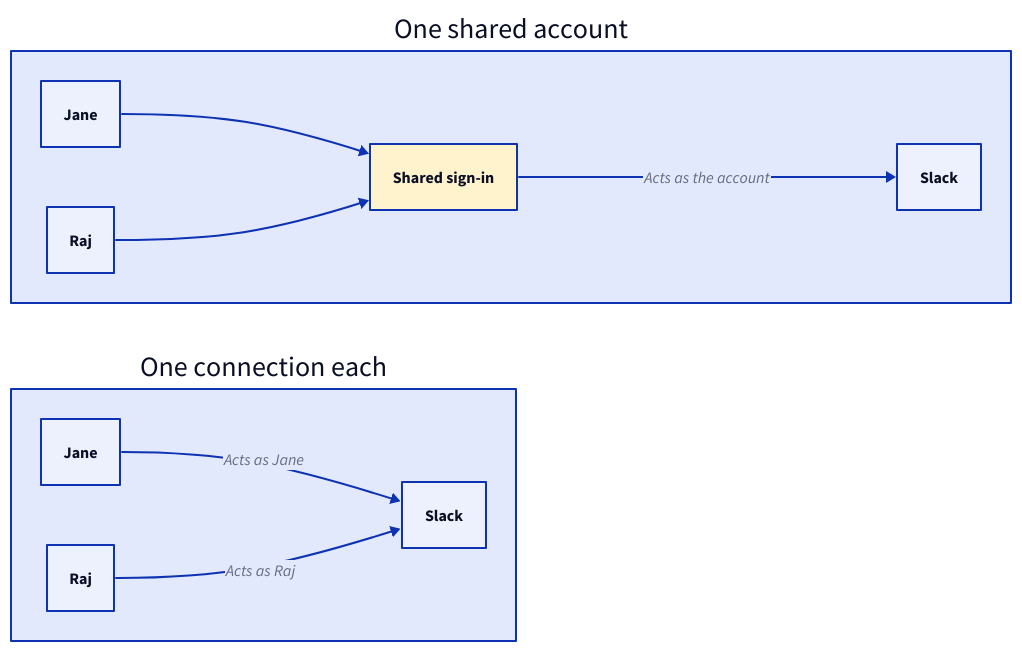
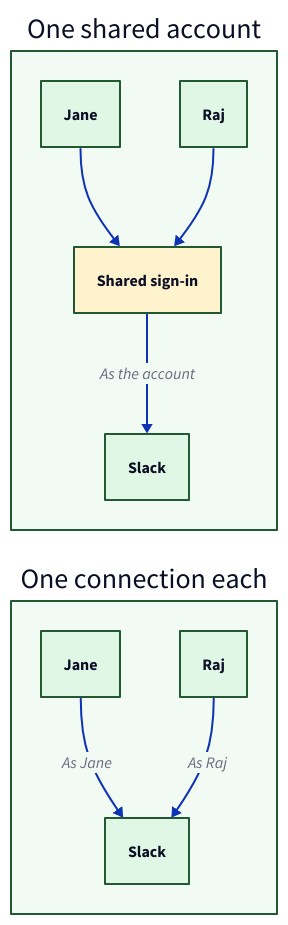
One commit to tallyfy/documentation changed the diagram in src/content/docs/pro/integrations/vault/index.mdx. Above: the diagram before and after it, drawn with D2. The commit also changed other lines of this file and 55 other files, not shown here.

First line of the commit message:
Redraw the help docs' diagrams so they read at full size, and fix the wrong ones (#508)

````diff
--- a/src/content/docs/pro/integrations/vault/index.mdx
+++ b/src/content/docs/pro/integrations/vault/index.mdx
@@ -32,25 +32,53 @@
 ```d2
-direction: right
+# One shared account versus one connection each
+direction: down
+grid-columns: 1
+grid-gap: 30
 
 Shared: "One shared account" {
-  JaneA: "Jane"
-  RajA: "Raj"
+  style.fill: "#f2faf4"
+  style.stroke: "#225930"
+
+  JaneA: "Jane" {
+    style.fill: "#e1f7e6"
+    style.stroke: "#225930"
+  }
+  RajA: "Raj" {
+    style.fill: "#e1f7e6"
+    style.stroke: "#225930"
+  }
   Account: "Shared sign-in" {
     style.fill: "#fff3cd"
+    style.stroke: "#225930"
   }
-  SlackA: "Slack"
+  SlackA: "Slack" {
+    style.fill: "#e1f7e6"
+    style.stroke: "#225930"
+  }
 
   JaneA -> Account
   RajA -> Account
-  Account -> SlackA: "Acts as the account"
+  Account -> SlackA: "As the account"
 }
 
 Each: "One connection each" {
-  JaneB: "Jane"
-  RajB: "Raj"
-  SlackB: "Slack"
+  style.fill: "#f2faf4"
+  style.stroke: "#225930"
 
-  JaneB -> SlackB: "Acts as Jane"
-  RajB -> SlackB: "Acts as Raj"
+  JaneB: "Jane" {
+    style.fill: "#e1f7e6"
+    style.stroke: "#225930"
+  }
+  RajB: "Raj" {
+    style.fill: "#e1f7e6"
+    style.stroke: "#225930"
+  }
+  SlackB: "Slack" {
+    style.fill: "#e1f7e6"
+    style.stroke: "#225930"
+  }
+
+  JaneB -> SlackB: "As Jane"
+  RajB -> SlackB: "As Raj"
 }
 ```
````
